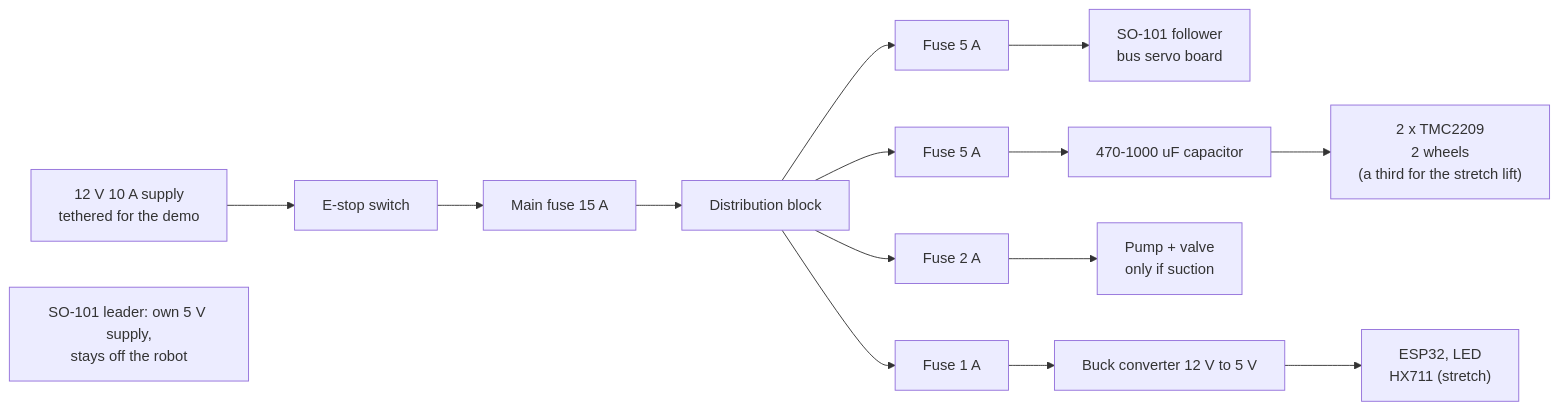
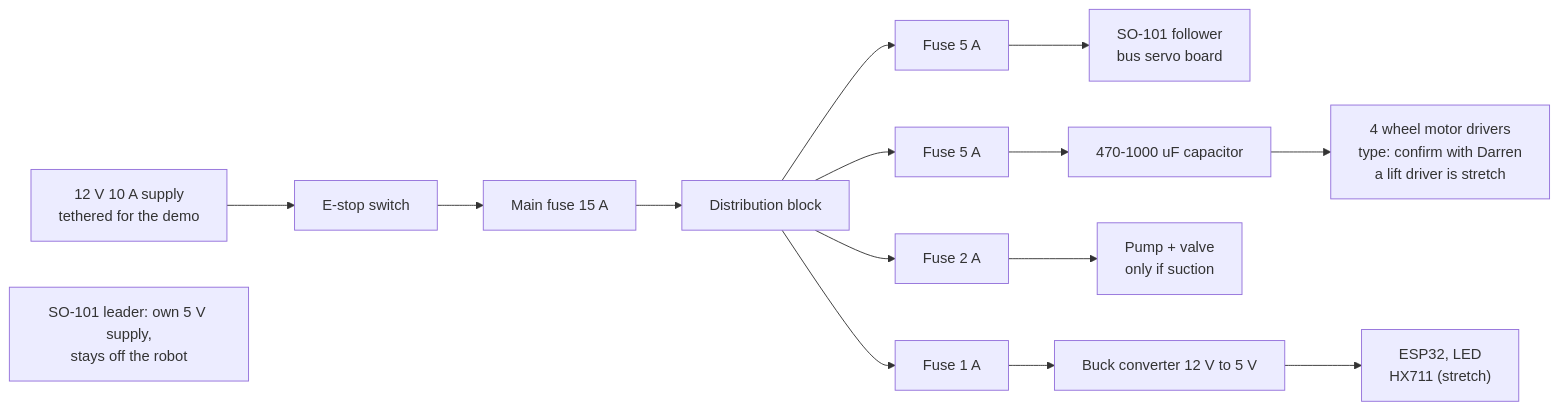
The sixth of 12 diagrams in plan.md (aarooshpravici/AutoPick-CalHacks), drawn with Mermaid before and after one commit. The commit also changed other lines of this file, not shown here.

First line of the commit message:
Plan: the base is four-wheel drive (skid steering), not two driven + two fixed

````diff
--- a/plan.md
+++ b/plan.md
@@ -235,9 +235,9 @@
 ```mermaid
 flowchart LR
     SUP["12 V 10 A supply<br/>tethered for the demo"] --> ES["E-stop switch"] --> MF["Main fuse 15 A"] --> DB["Distribution block"]
     DB --> F1["Fuse 5 A"] --> ARMB["SO-101 follower<br/>bus servo board"]
-    DB --> F2["Fuse 5 A"] --> CAP["470-1000 uF capacitor"] --> TMC["2 x TMC2209<br/>2 wheels<br/>(a third for the stretch lift)"]
+    DB --> F2["Fuse 5 A"] --> CAP["470-1000 uF capacitor"] --> TMC["4 wheel motor drivers<br/>type: confirm with Darren<br/>a lift driver is stretch"]
     DB --> F3["Fuse 2 A"] --> PUMP["Pump + valve<br/>only if suction"]
     DB --> F4["Fuse 1 A"] --> BUCK["Buck converter 12 V to 5 V"] --> ESPP["ESP32, LED<br/>HX711 (stretch)"]
     LEAD["SO-101 leader: own 5 V supply,<br/>stays off the robot"]
 ```
````
